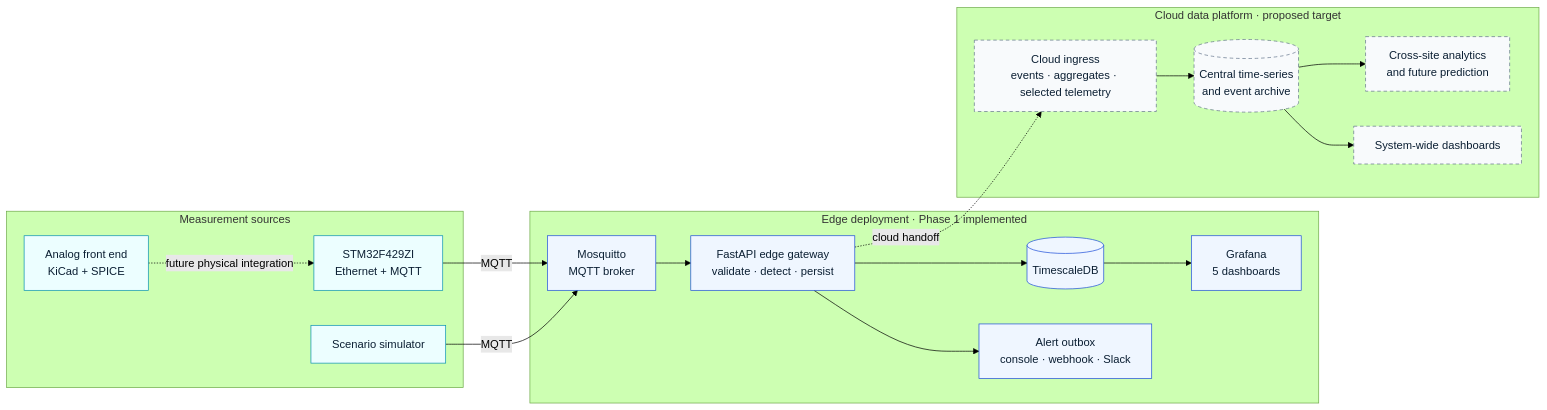
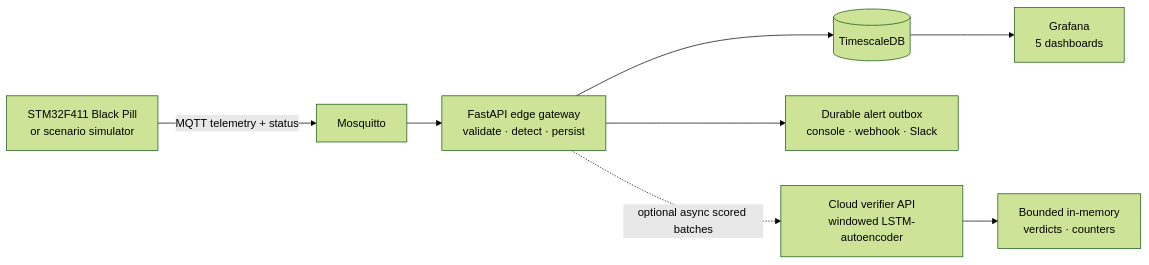
The first of 2 diagrams in presentation/slides.md (ShafayetSadi/energy-pipeline), drawn with Mermaid (forest theme) before and after one commit. The commit also changed other lines of this file and 6 other files, not shown here.

Commit message:
Add schematic docs and update slides

````diff
--- a/presentation/slides.md
+++ b/presentation/slides.md
@@ -330,42 +72,10 @@
 ```mermaid {scale: 0.78, theme: 'neutral'}
 flowchart LR
-  subgraph Sources["Measurement sources"]
-    AFE["Analog front end<br/>KiCad + SPICE"]
-    STM["STM32F429ZI<br/>Ethernet + MQTT"]
-    SIM["Scenario simulator"]
-    AFE -. "future physical integration" .-> STM
-  end
-
-  subgraph Edge["Edge deployment · Phase 1 implemented"]
-    MQ["Mosquitto<br/>MQTT broker"]
-    GW["FastAPI edge gateway<br/>validate · detect · persist"]
-    DB[("TimescaleDB")]
-    GF["Grafana<br/>5 dashboards"]
-    AL["Alert outbox<br/>console · webhook · Slack"]
-  end
-
-  subgraph Cloud["Cloud data platform · proposed target"]
-    CI["Cloud ingress<br/>events · aggregates · selected telemetry"]
-    CS[("Central time-series<br/>and event archive")]
-    CA["Cross-site analytics<br/>and future prediction"]
-    CV["System-wide dashboards"]
-  end
-
-  STM -->|MQTT| MQ
-  SIM -->|MQTT| MQ
-  MQ --> GW
-  GW --> DB
-  DB --> GF
-  GW --> AL
-  GW -. "cloud handoff" .-> CI
-  CI --> CS
-  CS --> CA
-  CS --> CV
-
-  classDef source fill:#ecfeff,stroke:#0891b2,color:#0b1f33;
-  classDef edge fill:#eff6ff,stroke:#1d4ed8,color:#0b1f33;
-  classDef cloud fill:#f8fafc,stroke:#64748b,color:#0b1f33,stroke-dasharray: 5 4;
-  class AFE,STM,SIM source;
-  class MQ,GW,DB,GF,AL edge;
-  class CI,CS,CA,CV cloud;
+  FW["STM32F411 Black Pill<br/>or scenario simulator"] -->|MQTT telemetry + status| M["Mosquitto"]
+  M --> G["FastAPI edge gateway<br/>validate · detect · persist"]
+  G --> DB[("TimescaleDB")]
+  DB --> GF["Grafana<br/>5 dashboards"]
+  G --> A["Durable alert outbox<br/>console · webhook · Slack"]
+  G -. "optional async scored batches" .-> C["Cloud verifier API<br/>windowed LSTM-autoencoder"]
+  C --> S["Bounded in-memory<br/>verdicts · counters"]
 ```
````
